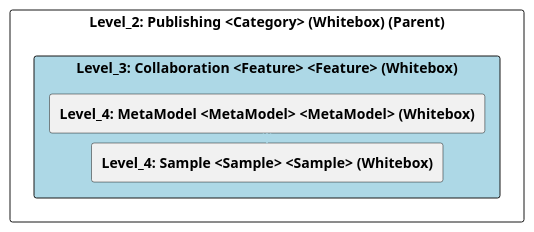
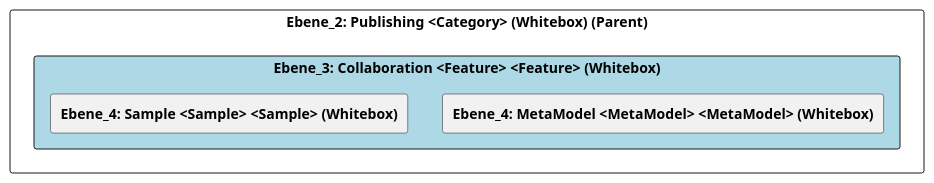
Before and after one commit to marcozwyssig/cleon: the diagram in doc/cleonproject_deliverables_architecture_model_architecture/adoc/de/05_bausteinsicht/cleon/publishing/collaboration/ebene_3_collaboration.adoc, drawn with PlantUML. The commit also changed other lines of this file and 150 other files, not shown here.

```diff
--- a/doc/cleonproject_deliverables_architecture_model_architecture/adoc/de/05_bausteinsicht/cleon/publishing/collaboration/ebene_3_collaboration.adoc
+++ b/doc/cleonproject_deliverables_architecture_model_architecture/adoc/de/05_bausteinsicht/cleon/publishing/collaboration/ebene_3_collaboration.adoc
@@ -20,28 +20,25 @@
-[plantuml, Level_3: Collaboration <Feature> <Feature> (Whitebox)BlockOverview, format="svg"]
+[plantuml, Ebene_3: Collaboration <Feature> <Feature> (Whitebox)BlockOverview, format="svg"]
 ----
-@startuml Level_3: Collaboration <Feature> <Feature> (Whitebox)BuildingBlockOverview
+@startuml Ebene_3: Collaboration <Feature> <Feature> (Whitebox)BuildingBlockOverview
 
 skinparam ranksep 10
 skinparam componentStyle rectangle
 skinparam shadowing false
 skinparam arrowColor lightblue
 skinparam arrowThickness 1.2
 skinparam rectangle {
   BackgroundColor White
   BorderColor #333
   RoundCorner 10
 }
 top to bottom direction
 
-component "Level_2: Publishing <Category> (Whitebox) (Parent)" {
-    component "Level_3: Collaboration <Feature> <Feature> (Whitebox)" #lightblue {
-        [**Level_4: MetaModel <MetaModel> <MetaModel> (Whitebox)**] as 4A56DE41_D579_11EE_903E_9F564E4DE07E
-        [**Level_4: Sample <Sample> <Sample> (Whitebox)**] as 4A56DE45_D579_11EE_903E_9F564E4DE07E
+component "Ebene_2: Publishing <Category> (Whitebox) (Parent)" {
+    component "Ebene_3: Collaboration <Feature> <Feature> (Whitebox)" #lightblue {
+        [**Ebene_4: MetaModel <MetaModel> <MetaModel> (Whitebox)**] as 4A56DE41_D579_11EE_903E_9F564E4DE07E
+        [**Ebene_4: Sample <Sample> <Sample> (Whitebox)**] as 4A56DE45_D579_11EE_903E_9F564E4DE07E
     }
-
-    4A56DE41_D579_11EE_903E_9F564E4DE07E -down-> 4A56DE45_D579_11EE_903E_9F564E4DE07E
-    
 }
 
 @enduml
 ----
```
